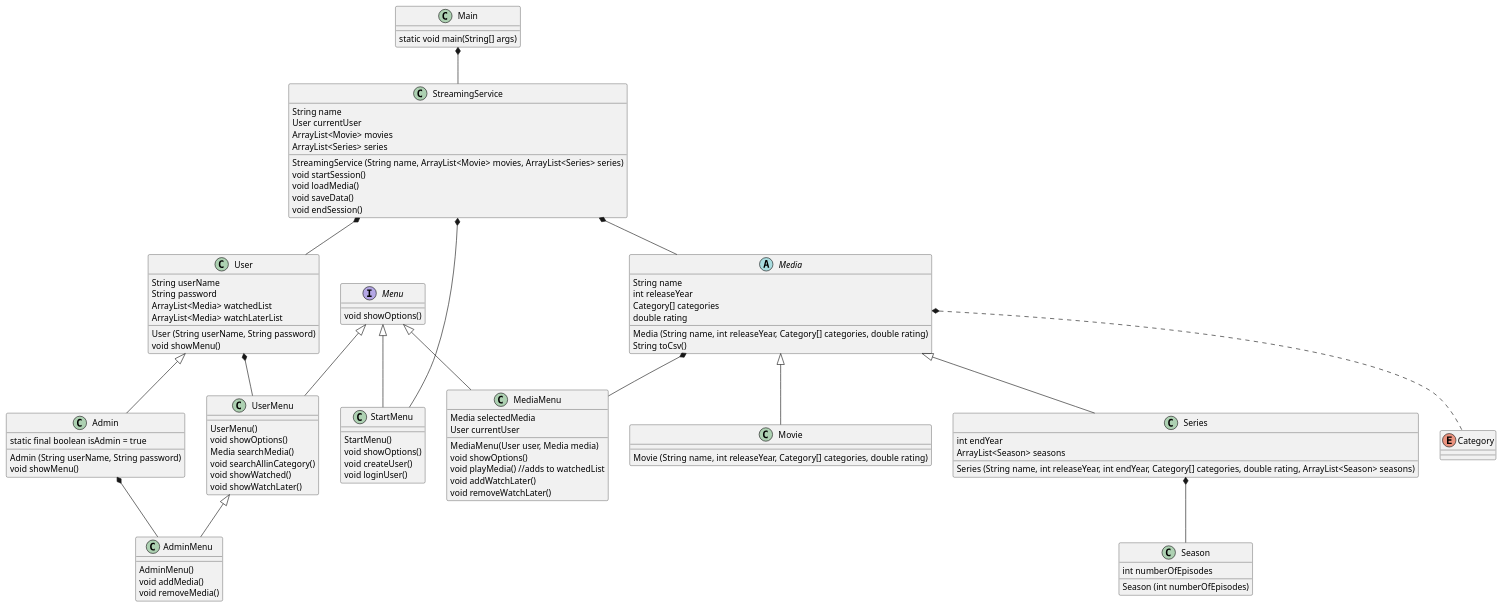
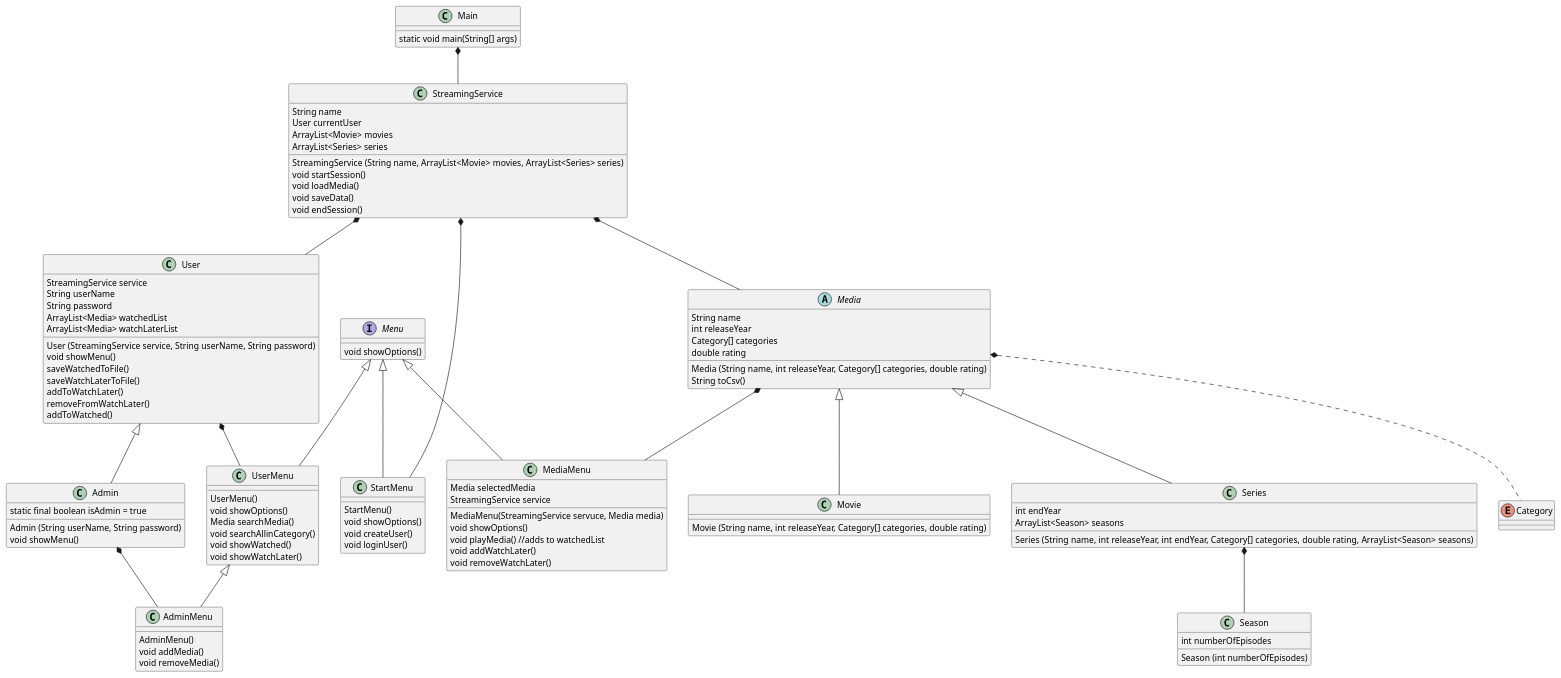
One commit to Magnus128/SP3-gruppe-E changed the diagram in doc/classDiagram.puml. Above: the diagram before and after it, drawn with PlantUML. The commit also changed 1 other file, not shown here.

Commit message:
MediaMenu case

```diff
--- a/doc/classDiagram.puml
+++ b/doc/classDiagram.puml
@@ -1,113 +1,119 @@
 @startuml
 'https://plantuml.com/class-diagram
 
 class Main{
     static void main(String[] args)
 }
 
 class StreamingService {
     String name
     User currentUser
     ArrayList<Movie> movies
     ArrayList<Series> series
     StreamingService (String name, ArrayList<Movie> movies, ArrayList<Series> series)
     void startSession()
     void loadMedia()
     void saveData()
     void endSession()
 }
 
 class User {
+    StreamingService service
     String userName
     String password
     ArrayList<Media> watchedList
     ArrayList<Media> watchLaterList
-    User (String userName, String password)
+    User (StreamingService service, String userName, String password)
     void showMenu()
+    saveWatchedToFile()
+    saveWatchLaterToFile()
+    addToWatchLater()
+    removeFromWatchLater()
+    addToWatched()
 }
 
 class Admin {
     static final boolean isAdmin = true
     Admin (String userName, String password)
     void showMenu()
 }
 
 abstract class Media{
     String name
     int releaseYear
     Category[] categories
     double rating
     Media (String name, int releaseYear, Category[] categories, double rating)
     String toCsv()
 }
 
 class Movie{
     Movie (String name, int releaseYear, Category[] categories, double rating)
 }
 
 class Series{
     int endYear
     ArrayList<Season> seasons
     Series (String name, int releaseYear, int endYear, Category[] categories, double rating, ArrayList<Season> seasons)
 }
 
 enum Category
 
 class Season{
     int numberOfEpisodes
     Season (int numberOfEpisodes)
 }
 
 interface Menu{
     void showOptions()
 }
 
 class UserMenu {
     UserMenu()
     void showOptions()
     Media searchMedia()
     void searchAllinCategory()
     void showWatched()
     void showWatchLater()
 }
 
 class StartMenu{
     StartMenu()
     void showOptions()
     void createUser()
     void loginUser()
 }
 
 class AdminMenu {
     AdminMenu()
     void addMedia()
     void removeMedia()
 }
 
 class MediaMenu {
     Media selectedMedia
-    User currentUser
-    MediaMenu(User user, Media media)
+    StreamingService service
+    MediaMenu(StreamingService servuce, Media media)
     void showOptions()
     void playMedia() //adds to watchedList
     void addWatchLater()
     void removeWatchLater()
 }
 
 Main *-- StreamingService
 StreamingService *-- User
 StreamingService *-- StartMenu
 StreamingService *-- Media
 Menu <|-- UserMenu
 Menu <|-- StartMenu
 Menu <|-- MediaMenu
 User <|-- Admin
 User *-- UserMenu
 Admin *-- AdminMenu
 UserMenu <|-- AdminMenu
 Media *-- MediaMenu
 Media <|-- Movie
 Media <|-- Series
 Media *.. Category
 Series *-- Season
 @enduml
```
